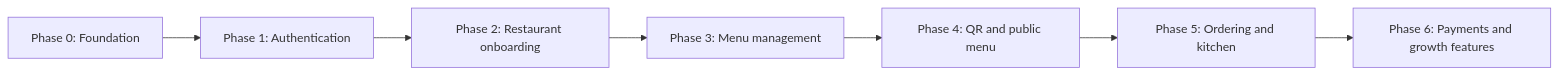
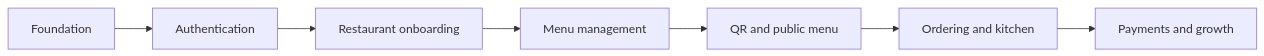
Before and after one commit to Pawankshetri11/Ordino: the fifth of 5 diagrams in docs/TEAM_DEVELOPMENT_GUIDE.md, drawn with Mermaid. The commit also changed other lines of this file and 2 other files, not shown here.

````diff
--- a/docs/TEAM_DEVELOPMENT_GUIDE.md
+++ b/docs/TEAM_DEVELOPMENT_GUIDE.md
@@ -317,9 +318,9 @@
 ```mermaid
 flowchart LR
-    P0[Phase 0: Foundation] --> P1[Phase 1: Authentication]
-    P1 --> P2[Phase 2: Restaurant onboarding]
-    P2 --> P3[Phase 3: Menu management]
-    P3 --> P4[Phase 4: QR and public menu]
-    P4 --> P5[Phase 5: Ordering and kitchen]
-    P5 --> P6[Phase 6: Payments and growth features]
+    P0[Foundation] --> P1[Authentication]
+    P1 --> P2[Restaurant onboarding]
+    P2 --> P3[Menu management]
+    P3 --> P4[QR and public menu]
+    P4 --> P5[Ordering and kitchen]
+    P5 --> P6[Payments and growth]
 ```
````
